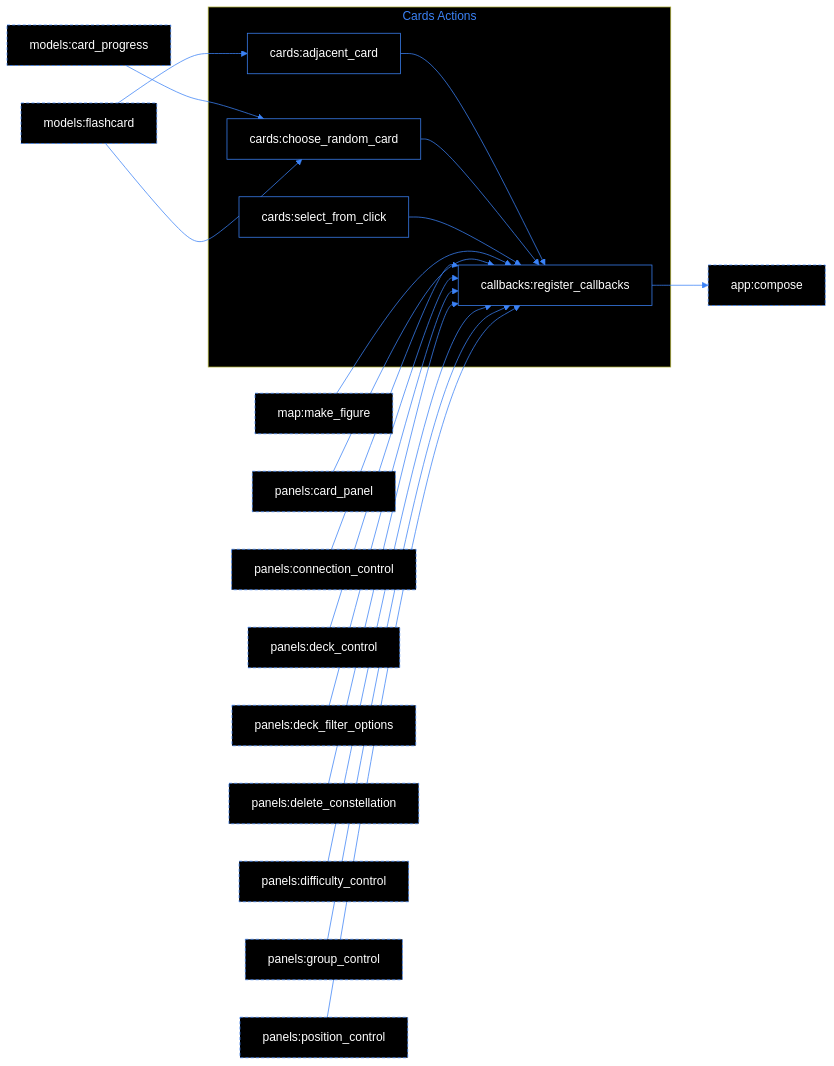
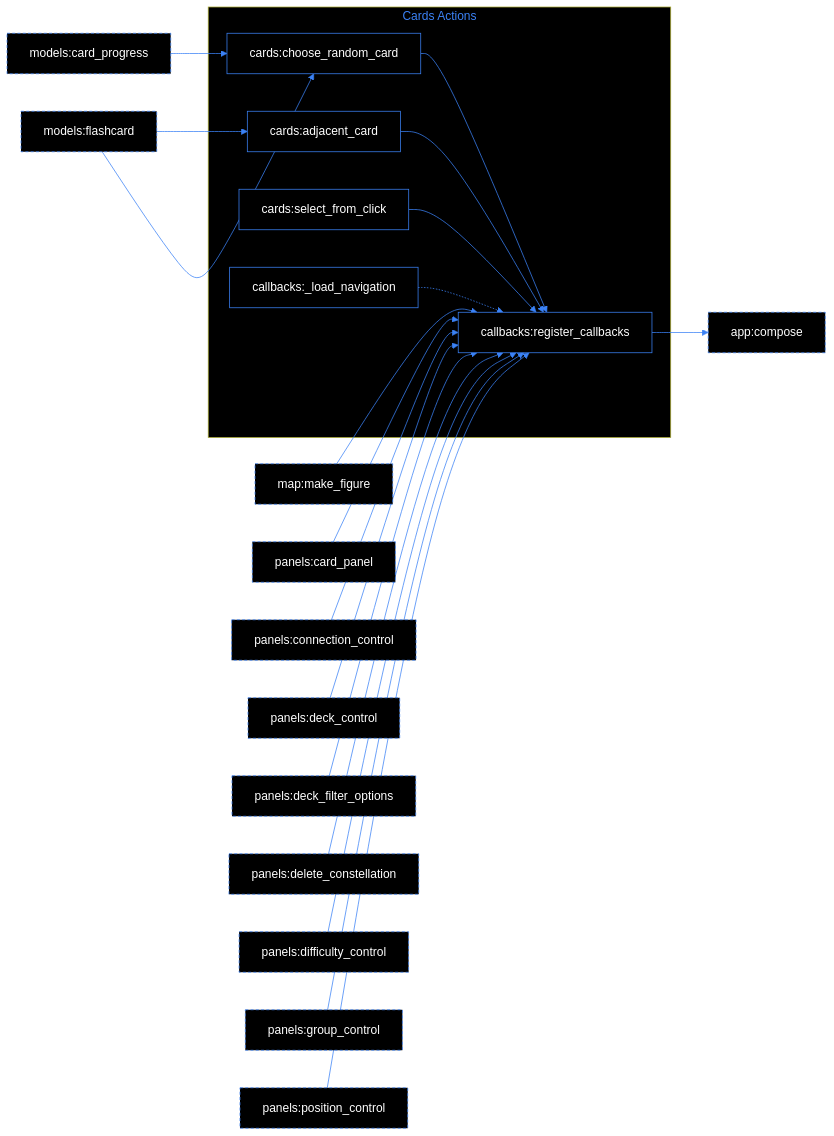
Before and after one commit to ArtjomAdamow/Fennelkernel-flashcards: the eighth of 10 diagrams in INDEX.md, drawn with Mermaid. The commit also changed other lines of this file and 40 other files, not shown here.

````diff
--- a/INDEX.md
+++ b/INDEX.md
@@ -785,44 +805,46 @@
 ```mermaid
 graph LR
     %% arrow A --> B: B uses A; dashed = component of another section
     %% dashed arrow A -.-> B: transitive relation (data flow through module-level variables)
     classDef ext stroke: #3b82f6,stroke-dasharray: 4 3
     linkStyle default stroke: #3b82f6, color: #3b82f6
     classDef default fill: #000000ff, stroke: #3b82f6, color: #ffffffff
 
     subgraph sg_section_6["Cards Actions"]
         n_callbacks_register_callbacks["callbacks:register_callbacks"]
         n_cards_choose_random_card["cards:choose_random_card"]
         n_cards_adjacent_card["cards:adjacent_card"]
         n_cards_select_from_click["cards:select_from_click"]
+        n_callbacks__load_navigation["callbacks:_load_navigation"]
     end
     style sg_section_6 color: #3b82f6, fill: #000000ff
     n_app_compose["app:compose"]:::ext
     n_map_make_figure["map:make_figure"]:::ext
     n_models_card_progress["models:card_progress"]:::ext
     n_models_flashcard["models:flashcard"]:::ext
     n_panels_card_panel["panels:card_panel"]:::ext
     n_panels_connection_control["panels:connection_control"]:::ext
     n_panels_deck_control["panels:deck_control"]:::ext
     n_panels_deck_filter_options["panels:deck_filter_options"]:::ext
     n_panels_delete_constellation["panels:delete_constellation"]:::ext
     n_panels_difficulty_control["panels:difficulty_control"]:::ext
     n_panels_group_control["panels:group_control"]:::ext
     n_panels_position_control["panels:position_control"]:::ext
     n_callbacks_register_callbacks --> n_app_compose
     n_cards_adjacent_card --> n_callbacks_register_callbacks
     n_cards_choose_random_card --> n_callbacks_register_callbacks
     n_cards_select_from_click --> n_callbacks_register_callbacks
     n_map_make_figure --> n_callbacks_register_callbacks
     n_models_card_progress --> n_cards_choose_random_card
     n_models_flashcard --> n_cards_adjacent_card
     n_models_flashcard --> n_cards_choose_random_card
     n_panels_card_panel --> n_callbacks_register_callbacks
     n_panels_connection_control --> n_callbacks_register_callbacks
     n_panels_deck_control --> n_callbacks_register_callbacks
     n_panels_deck_filter_options --> n_callbacks_register_callbacks
     n_panels_delete_constellation --> n_callbacks_register_callbacks
     n_panels_difficulty_control --> n_callbacks_register_callbacks
     n_panels_group_control --> n_callbacks_register_callbacks
     n_panels_position_control --> n_callbacks_register_callbacks
+    n_callbacks__load_navigation -.-> n_callbacks_register_callbacks
 ```
````
